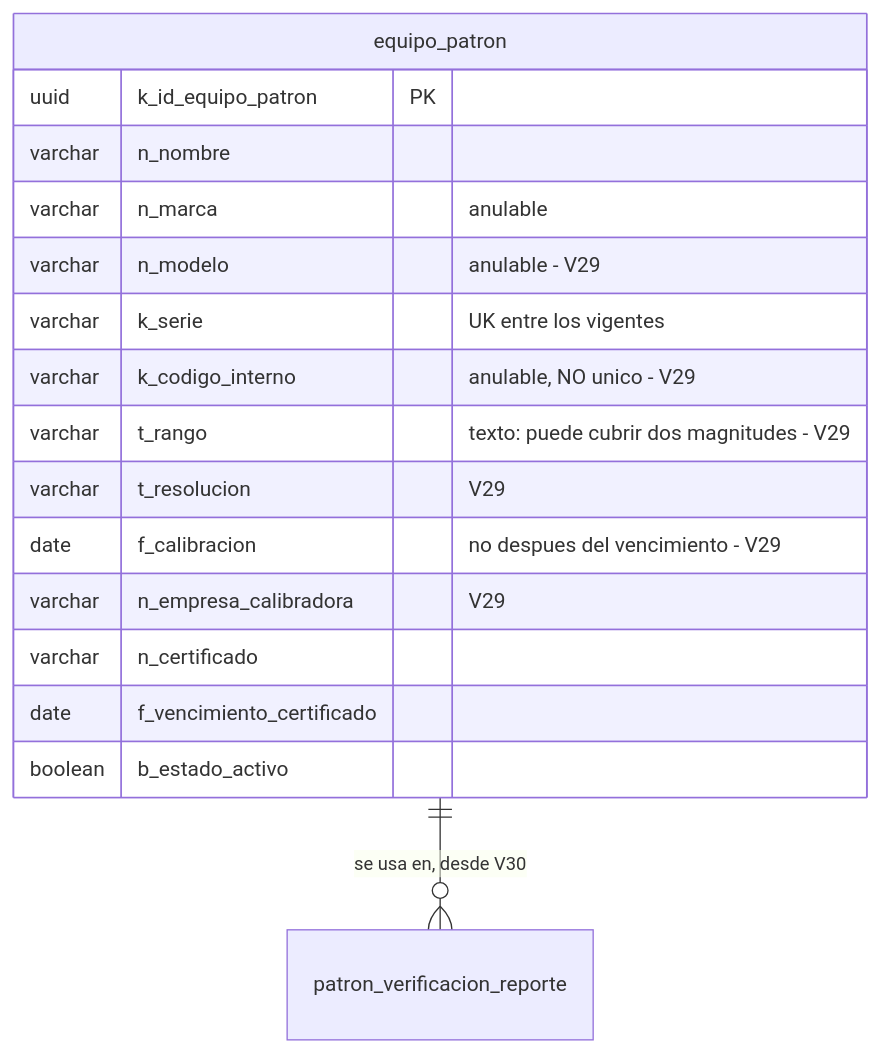
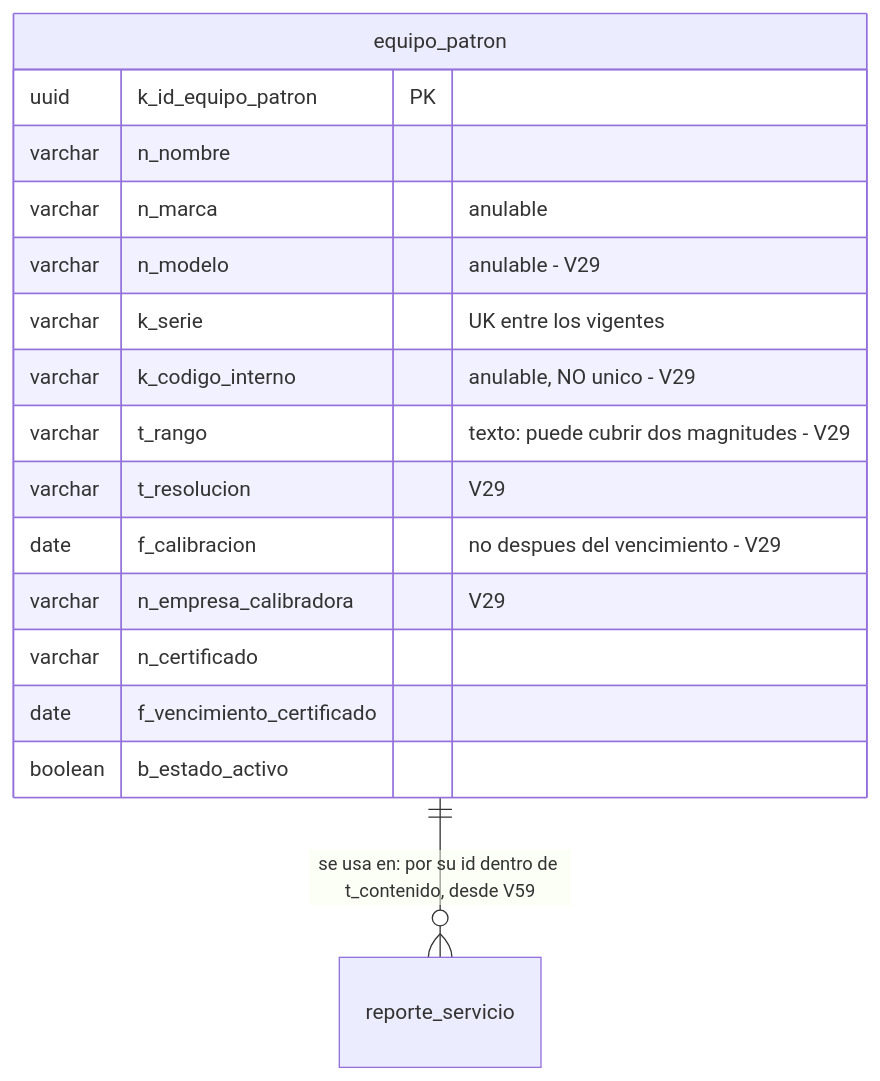
The ninth of 12 diagrams in SecondBrain/wiki/base-de-datos/esquema-bd-malphasos.md (SeanBol222/MalphasOs), drawn with Mermaid before and after one commit. The commit also changed other lines of this file and 5 other files, not shown here.

````diff
--- a/SecondBrain/wiki/base-de-datos/esquema-bd-malphasos.md
+++ b/SecondBrain/wiki/base-de-datos/esquema-bd-malphasos.md
@@ -652,19 +652,19 @@
 ```mermaid
 erDiagram
-    equipo_patron ||--o{ patron_verificacion_reporte : "se usa en, desde V30"
+    equipo_patron ||--o{ reporte_servicio : "se usa en: por su id dentro de t_contenido, desde V59"
     equipo_patron {
         uuid k_id_equipo_patron PK
         varchar n_nombre
         varchar n_marca "anulable"
         varchar n_modelo "anulable - V29"
         varchar k_serie "UK entre los vigentes"
         varchar k_codigo_interno "anulable, NO unico - V29"
         varchar t_rango "texto: puede cubrir dos magnitudes - V29"
         varchar t_resolucion "V29"
         date f_calibracion "no despues del vencimiento - V29"
         varchar n_empresa_calibradora "V29"
         varchar n_certificado
         date f_vencimiento_certificado
         boolean b_estado_activo
     }
 ```
````
